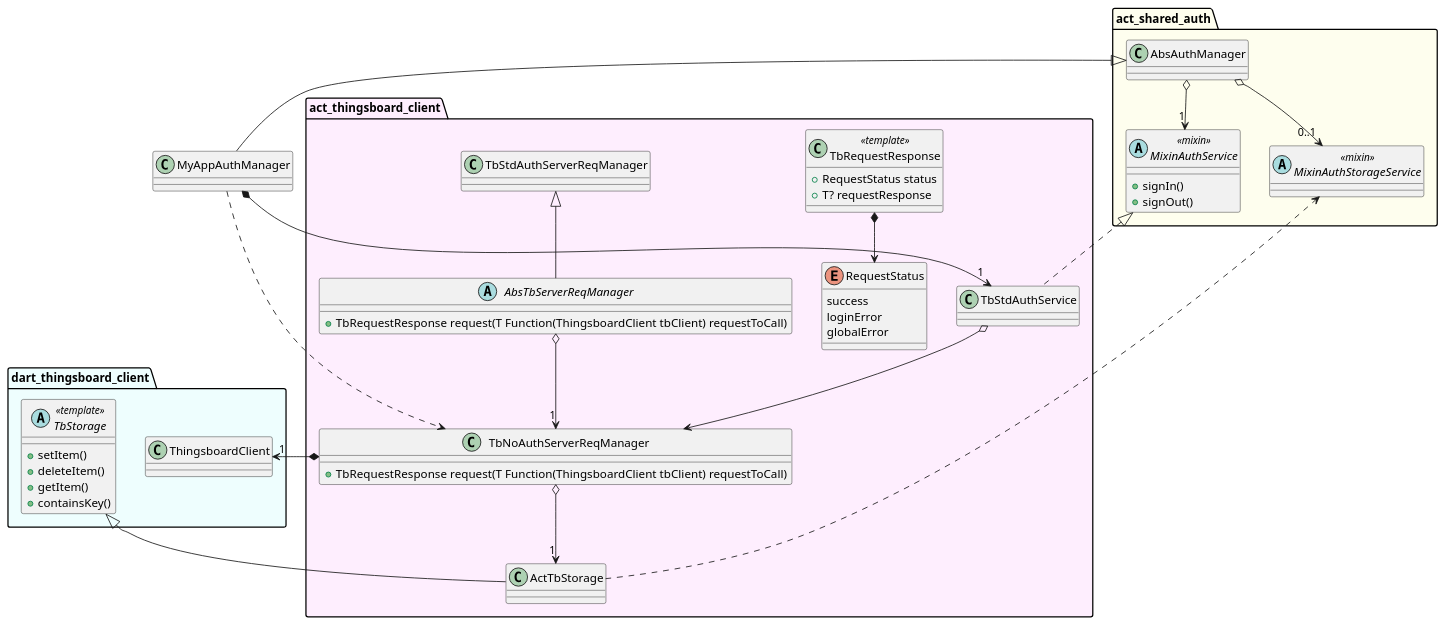
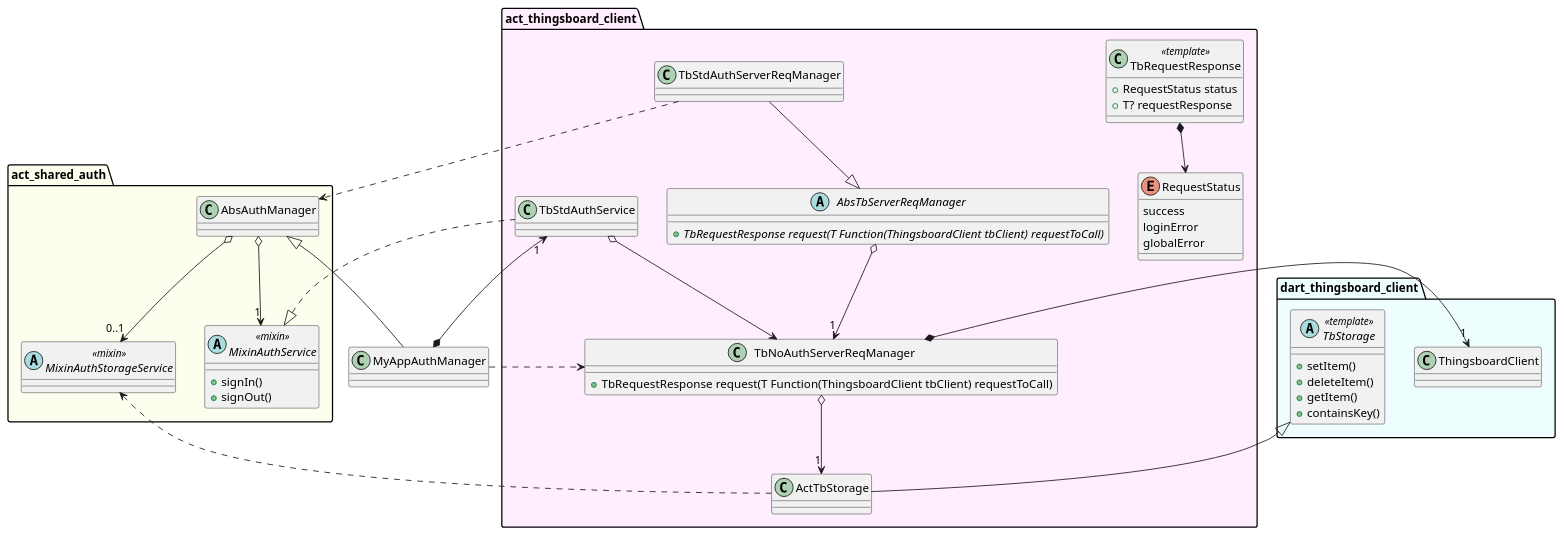
One commit to All-Circuits-Technologies/ACT-Flutter-Packages changed the first of 2 diagrams in act_thingsboard_client/README.md. Above: the diagram before and after it, drawn with PlantUML.

Commit message:
Fix after ALO review
refs #20488

````diff
--- a/act_thingsboard_client/README.md
+++ b/act_thingsboard_client/README.md
@@ -39,66 +39,67 @@
 ```plantuml
 @startuml
 package "dart_thingsboard_client" #EEFEFE {
     class ThingsboardClient
     abstract class TbStorage <<template>> {
         +setItem()
         +deleteItem()
         +getItem()
         +containsKey()
     }
 }
 
 package "act_shared_auth" #FEFEEE {
     class AbsAuthManager
     abstract class MixinAuthService <<mixin>> {
         +signIn()
         +signOut()
     }
     abstract class MixinAuthStorageService <<mixin>>
     AbsAuthManager o--> "1" MixinAuthService
     AbsAuthManager o--> "0..1" MixinAuthStorageService
 }
 
 package "act_thingsboard_client" #FEEEFE {
     enum RequestStatus {
         success
         loginError
         globalError
     }
     class TbRequestResponse <<template>> {
         +RequestStatus status
         +T? requestResponse
     }
     TbRequestResponse *--> RequestStatus
 
     class TbNoAuthServerReqManager {
         +TbRequestResponse request(T Function(ThingsboardClient tbClient) requestToCall)
     }
     TbNoAuthServerReqManager *--> "1" ThingsboardClient
 
     abstract class AbsTbServerReqManager {
-        +TbRequestResponse request(T Function(ThingsboardClient tbClient) requestToCall)
+        {abstract} +TbRequestResponse request(T Function(ThingsboardClient tbClient) requestToCall)
     }
     AbsTbServerReqManager o--> "1" TbNoAuthServerReqManager
 
     class ActTbStorage
     ActTbStorage ..> MixinAuthStorageService
 
     TbStorage <|-- ActTbStorage
     TbNoAuthServerReqManager o--> "1" ActTbStorage
 
     class TbStdAuthServerReqManager
-    TbStdAuthServerReqManager <|-- AbsTbServerReqManager
+    TbStdAuthServerReqManager --|> AbsTbServerReqManager
+    TbStdAuthServerReqManager ..> AbsAuthManager
 
     class TbStdAuthService
     MixinAuthService <|.. TbStdAuthService
     TbStdAuthService o--> TbNoAuthServerReqManager
 }
 
 class MyAppAuthManager
 AbsAuthManager <|-- MyAppAuthManager
-MyAppAuthManager *--> "1" TbStdAuthService
+TbStdAuthService "1" <--* MyAppAuthManager
 
 MyAppAuthManager ..> TbNoAuthServerReqManager
 @enduml
 ```
````
